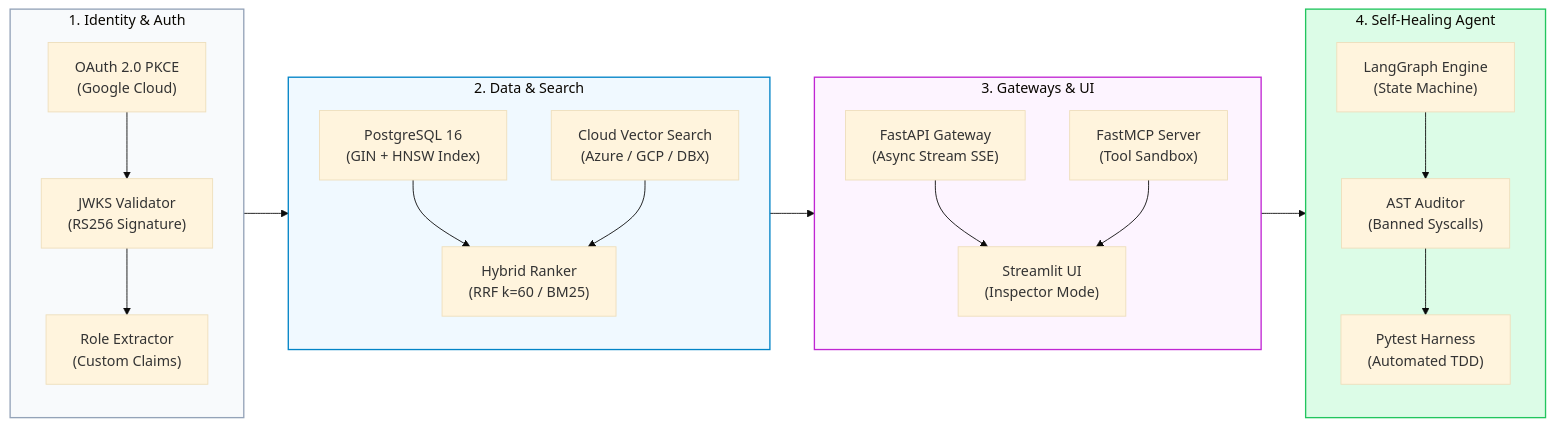
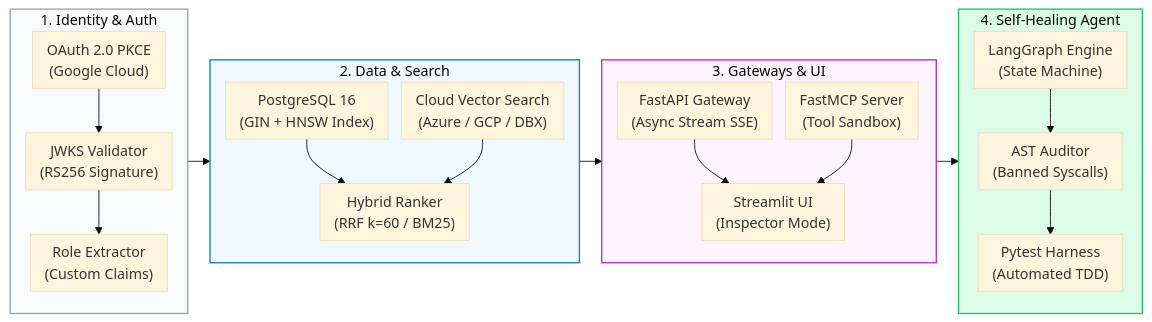
One commit to Kenono2000/enterprise-rag-pgvector-rbac changed the first of 9 diagrams in README.md. Above: the diagram before and after it, drawn with Mermaid (base theme). The commit also changed other lines of this file, not shown here.

````diff
--- a/README.md
+++ b/README.md
@@ -86,47 +47,27 @@
 ```mermaid
+%%{init: {'flowchart': {'nodeSpacing': 15, 'rankSpacing': 25, 'padding': 8}}}%%
 flowchart LR
     subgraph IdentityLayer ["1. Identity & Auth"]
         direction TB
-        AuthCode["OAuth 2.0 PKCE<br/>(Google Cloud)"]
-        JWKSValidator["JWKS Validator<br/>(RS256 Signature)"]
-        RoleMapper["Role Extractor<br/>(Custom Claims)"]
-        AuthCode --> JWKSValidator
-        JWKSValidator --> RoleMapper
+        AuthCode["OAuth 2.0 PKCE<br/>(Google Cloud)"] --> JWKSValidator["JWKS Validator<br/>(RS256 Signature)"] --> RoleMapper["Role Extractor<br/>(Custom Claims)"]
     end
-
     subgraph RetrievalLayer ["2. Data & Search"]
         direction TB
-        PGVector["PostgreSQL 16<br/>(GIN + HNSW Index)"]
-        CloudSearch["Cloud Vector Search<br/>(Azure / GCP / DBX)"]
-        HybridRanker["Hybrid Ranker<br/>(RRF k=60 / BM25)"]
-        PGVector --> HybridRanker
-        CloudSearch --> HybridRanker
+        PGVector["PostgreSQL 16<br/>(GIN + HNSW Index)"] --> HybridRanker["Hybrid Ranker<br/>(RRF k=60 / BM25)"]
+        CloudSearch["Cloud Vector Search<br/>(Azure / GCP / DBX)"] --> HybridRanker
     end
-
     subgraph ServiceLayer ["3. Gateways & UI"]
         direction TB
-        APIGateway["FastAPI Gateway<br/>(Async Stream SSE)"]
-        MCPGateway["FastMCP Server<br/>(Tool Sandbox)"]
-        StreamlitUI["Streamlit UI<br/>(Inspector Mode)"]
-        APIGateway --> StreamlitUI
-        MCPGateway --> StreamlitUI
+        APIGateway["FastAPI Gateway<br/>(Async Stream SSE)"] --> StreamlitUI["Streamlit UI<br/>(Inspector Mode)"]
+        MCPGateway["FastMCP Server<br/>(Tool Sandbox)"] --> StreamlitUI
     end
-
     subgraph SDLCLayer ["4. Self-Healing Agent"]
         direction TB
-        AgentPropose["LangGraph Engine<br/>(State Machine)"]
-        ASTGuardrail["AST Auditor<br/>(Banned Syscalls)"]
-        PytestRunner["Pytest Harness<br/>(Automated TDD)"]
-        AgentPropose --> ASTGuardrail
-        ASTGuardrail --> PytestRunner
+        AgentPropose["LangGraph Engine<br/>(State Machine)"] --> ASTGuardrail["AST Auditor<br/>(Banned Syscalls)"] --> PytestRunner["Pytest Harness<br/>(Automated TDD)"]
     end
-
-    IdentityLayer --> RetrievalLayer
-    RetrievalLayer --> ServiceLayer
-    ServiceLayer --> SDLCLayer
-
+    IdentityLayer --> RetrievalLayer --> ServiceLayer --> SDLCLayer
     style IdentityLayer fill:#f8fafc,stroke:#94a3b8,stroke-width:1.5px
     style RetrievalLayer fill:#f0f9ff,stroke:#0284c7,stroke-width:1.5px
     style ServiceLayer fill:#fdf4ff,stroke:#c026d3,stroke-width:1.5px
     style SDLCLayer fill:#dcfce7,stroke:#22c55e,stroke-width:1.5px
 ```
````
